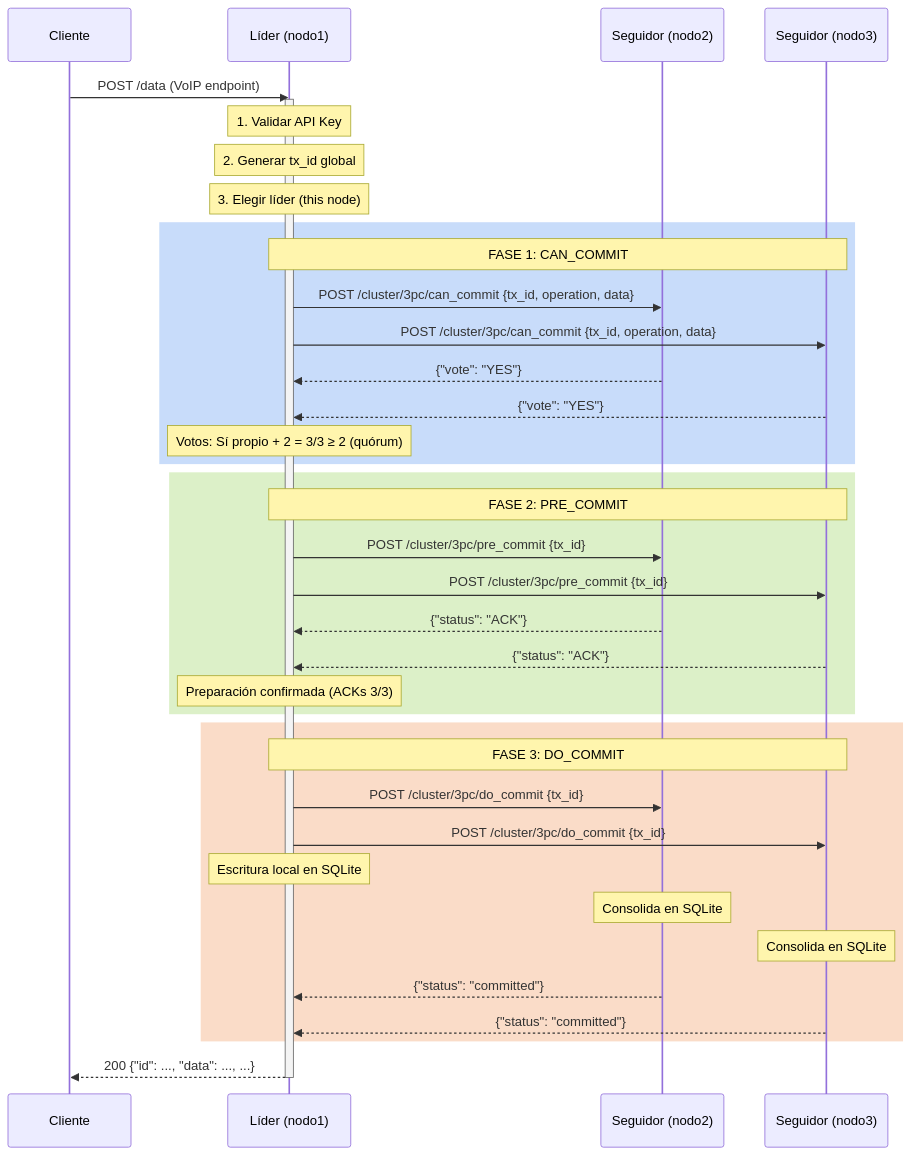
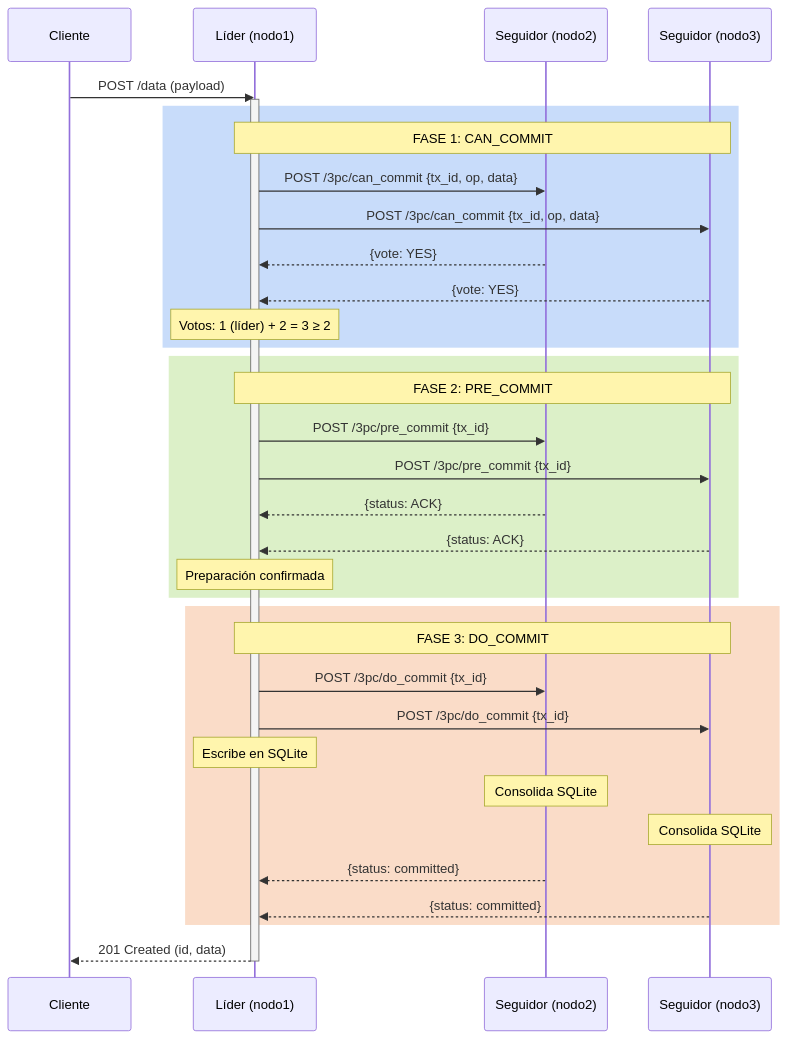
One commit to Marcelo160102/Cluster-distribuido changed the fourth of 4 diagrams in docs/arquitectura.md. Above: the diagram before and after it, drawn with Mermaid. The commit also changed other lines of this file, not shown here.

First line of the commit message:
fix: mejora visual de diagramas C4 y Bully en arquitectura.md

````diff
--- a/docs/arquitectura.md
+++ b/docs/arquitectura.md
@@ -206,46 +219,42 @@
 ```mermaid
 sequenceDiagram
     participant C as Cliente
     participant L as Líder (nodo1)
     participant F1 as Seguidor (nodo2)
     participant F2 as Seguidor (nodo3)
 
-    C->>L: POST /data (VoIP endpoint)
+    C->>L: POST /data (payload)
     activate L
-
-    Note over L: 1. Validar API Key
-    Note over L: 2. Generar tx_id global
-    Note over L: 3. Elegir líder (this node)
 
     rect rgb(200, 220, 250)
         Note over L,F2: FASE 1: CAN_COMMIT
-        L->>F1: POST /cluster/3pc/can_commit {tx_id, operation, data}
-        L->>F2: POST /cluster/3pc/can_commit {tx_id, operation, data}
-        F1-->>L: {"vote": "YES"}
-        F2-->>L: {"vote": "YES"}
-        Note over L: Votos: Sí propio + 2 = 3/3 ≥ 2 (quórum)
+        L->>F1: POST /3pc/can_commit {tx_id, op, data}
+        L->>F2: POST /3pc/can_commit {tx_id, op, data}
+        F1-->>L: {vote: YES}
+        F2-->>L: {vote: YES}
+        Note over L: Votos: 1 (líder) + 2 = 3 ≥ 2
     end
 
     rect rgb(220, 240, 200)
         Note over L,F2: FASE 2: PRE_COMMIT
-        L->>F1: POST /cluster/3pc/pre_commit {tx_id}
-        L->>F2: POST /cluster/3pc/pre_commit {tx_id}
-        F1-->>L: {"status": "ACK"}
-        F2-->>L: {"status": "ACK"}
-        Note over L: Preparación confirmada (ACKs 3/3)
+        L->>F1: POST /3pc/pre_commit {tx_id}
+        L->>F2: POST /3pc/pre_commit {tx_id}
+        F1-->>L: {status: ACK}
+        F2-->>L: {status: ACK}
+        Note over L: Preparación confirmada
     end
 
     rect rgb(250, 220, 200)
         Note over L,F2: FASE 3: DO_COMMIT
-        L->>F1: POST /cluster/3pc/do_commit {tx_id}
-        L->>F2: POST /cluster/3pc/do_commit {tx_id}
-        Note over L: Escritura local en SQLite
-        Note over F1: Consolida en SQLite
-        Note over F2: Consolida en SQLite
-        F1-->>L: {"status": "committed"}
-        F2-->>L: {"status": "committed"}
+        L->>F1: POST /3pc/do_commit {tx_id}
+        L->>F2: POST /3pc/do_commit {tx_id}
+        Note over L: Escribe en SQLite
+        Note over F1: Consolida SQLite
+        Note over F2: Consolida SQLite
+        F1-->>L: {status: committed}
+        F2-->>L: {status: committed}
     end
 
-    L-->>C: 200 {"id": ..., "data": ..., ...}
+    L-->>C: 201 Created (id, data)
     deactivate L
 ```
````
